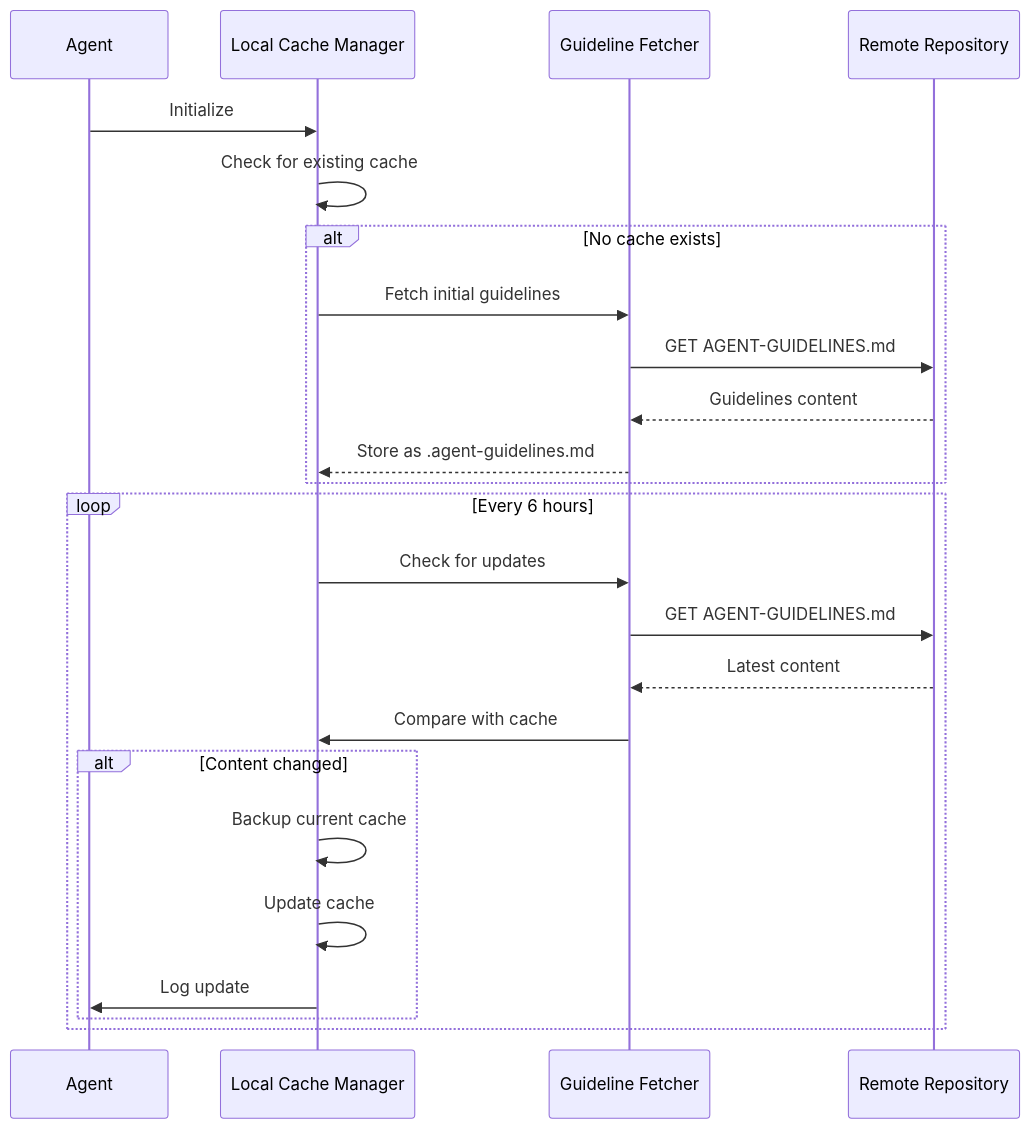
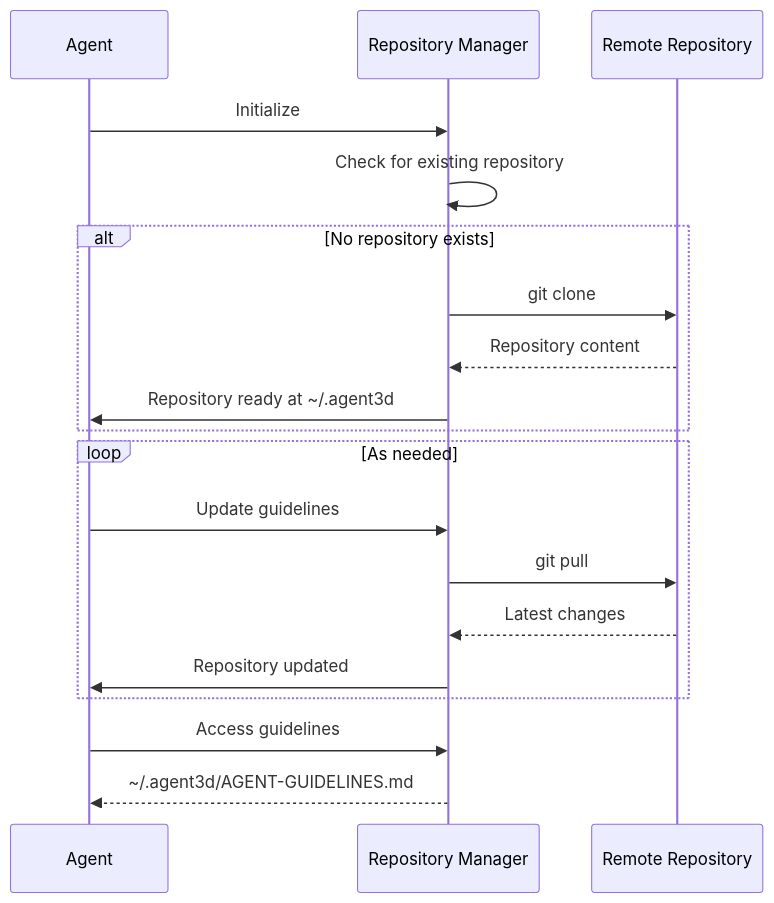
The diagram in docs/designs/AGENT-PROTOCOL.md (ningsuhen/agent3d), drawn with Mermaid before and after one commit. The commit also changed other lines of this file, not shown here.

````diff
--- a/docs/designs/AGENT-PROTOCOL.md
+++ b/docs/designs/AGENT-PROTOCOL.md
@@ -23,28 +23,24 @@
 ```mermaid
 sequenceDiagram
     participant A as Agent
-    participant LCM as Local Cache Manager
-    participant GF as Guideline Fetcher
+    participant RM as Repository Manager
     participant RR as Remote Repository
 
-    A->>LCM: Initialize
-    LCM->>LCM: Check for existing cache
-    alt No cache exists
-        LCM->>GF: Fetch initial guidelines
-        GF->>RR: GET AGENT-GUIDELINES.md
-        RR-->>GF: Guidelines content
-        GF-->>LCM: Store as .agent-guidelines.md
+    A->>RM: Initialize
+    RM->>RM: Check for existing repository
+    alt No repository exists
+        RM->>RR: git clone
+        RR-->>RM: Repository content
+        RM->>A: Repository ready at ~/.agent3d
     end
 
-    loop Every 6 hours
-        LCM->>GF: Check for updates
-        GF->>RR: GET AGENT-GUIDELINES.md
-        RR-->>GF: Latest content
-        GF->>LCM: Compare with cache
-        alt Content changed
-            LCM->>LCM: Backup current cache
-            LCM->>LCM: Update cache
-            LCM->>A: Log update
-        end
+    loop As needed
+        A->>RM: Update guidelines
+        RM->>RR: git pull
+        RR-->>RM: Latest changes
+        RM->>A: Repository updated
     end
+
+    A->>RM: Access guidelines
+    RM-->>A: ~/.agent3d/AGENT-GUIDELINES.md
 ```
````
